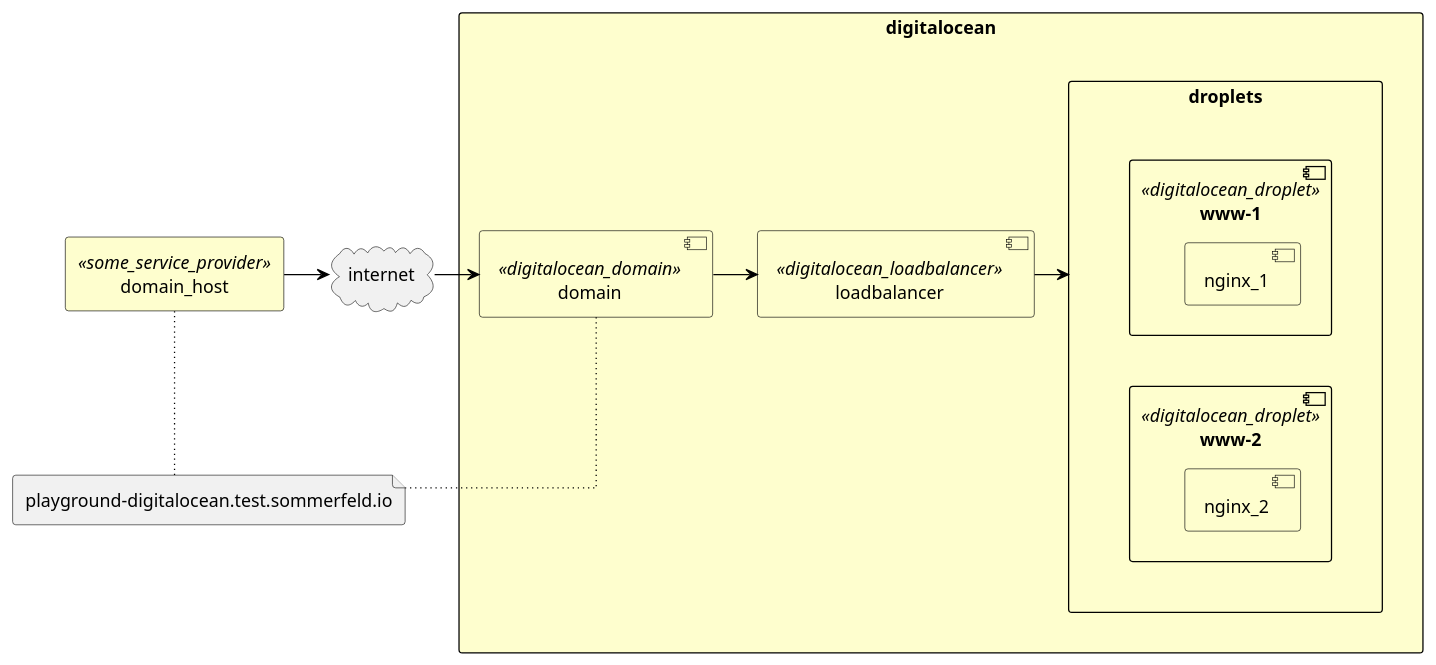
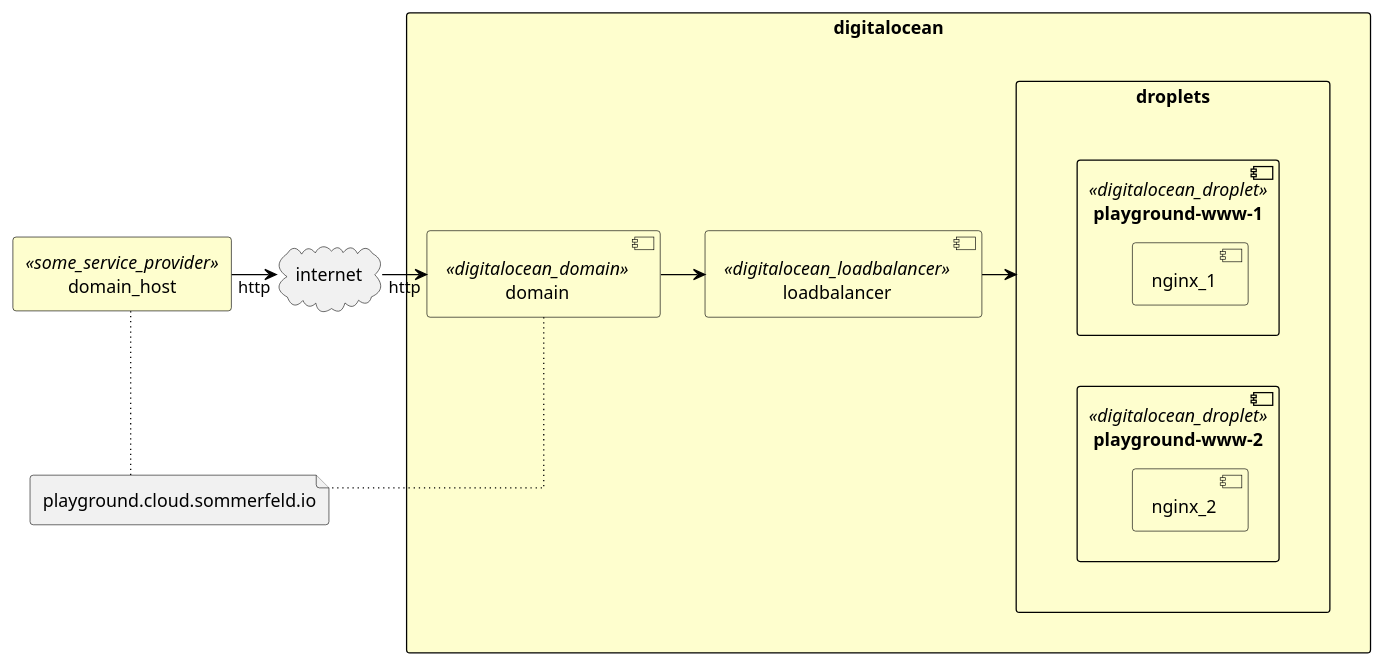
One commit to sebastian-sommerfeld-io/playgrounds changed the diagram in docs/modules/ROOT/pages/terraform/digitalocean.adoc. Above: the diagram before and after it, drawn with PlantUML. The commit also changed other lines of this file and 9 other files, not shown here.

```diff
--- a/docs/modules/ROOT/pages/terraform/digitalocean.adoc
+++ b/docs/modules/ROOT/pages/terraform/digitalocean.adoc
@@ -23,54 +31,58 @@
 [plantuml, rendered-plantuml-image, svg]
 ----
 @startuml
 
 skinparam linetype ortho
 skinparam monochrome false
 skinparam componentStyle uml2
 skinparam backgroundColor transparent
 skinparam ArrowColor black
 skinparam FrameBackgroundColor #fff
 skinparam CollectionsBackgroundColor #fefece
 skinparam CollectionsBorderColor black
 skinparam ComponentBorderColor black
 skinparam ComponentBackgroundColor #fefece
 skinparam RectangleBorderColor black
 skinparam RectangleBackgroundColor #fefece
 skinparam QueueBorderColor black
 skinparam NoteBorderColor Grey
 skinparam NoteBackgroundColor #fff
 skinparam defaultTextAlignment center
 skinparam activity {
   FontName Ubuntu
 }
 
 rectangle digitalocean {
     rectangle droplets {
-        component www_1 as "www-1" <<digitalocean_droplet>> {
+        component www_1 as "playground-www-1" <<digitalocean_droplet>> {
             component nginx_1
         }
-        component www_2 as "www-2" <<digitalocean_droplet>> {
+        component www_2 as "playground-www-2" <<digitalocean_droplet>> {
             component nginx_2
         }
     }
     component domain <<digitalocean_domain>>
     component loadbalancer <<digitalocean_loadbalancer>>
+    'component cname as "playground" <<digitalocean_record>>
 }
 
-file url as "playground-digitalocean.test.sommerfeld.io"
+file url as "playground.cloud.sommerfeld.io"
+'file ssl_cert
 
 rectangle domain_host <<some_service_provider>>
 cloud internet
 
-domain_host -right-> internet
-internet -right-> domain
+domain_host -right-> internet: http
+internet -right-> domain: http
 domain -right-> loadbalancer
 loadbalancer -> droplets
 
 www_1 -[hidden]down-> www_2
 
 domain_host ~down~ url
 domain ~down~ url
+'domain_host ~down~ ssl_cert
+'cname -up-> domain
 
 @enduml
 ----
```
